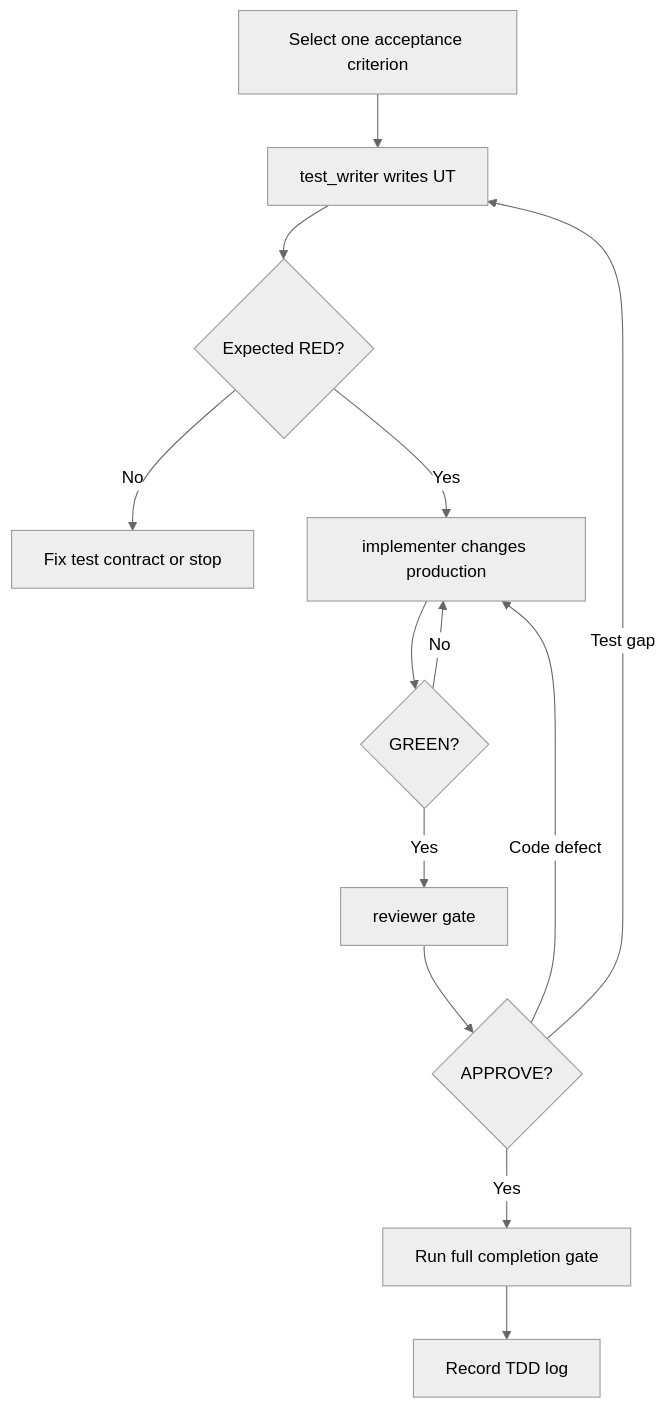
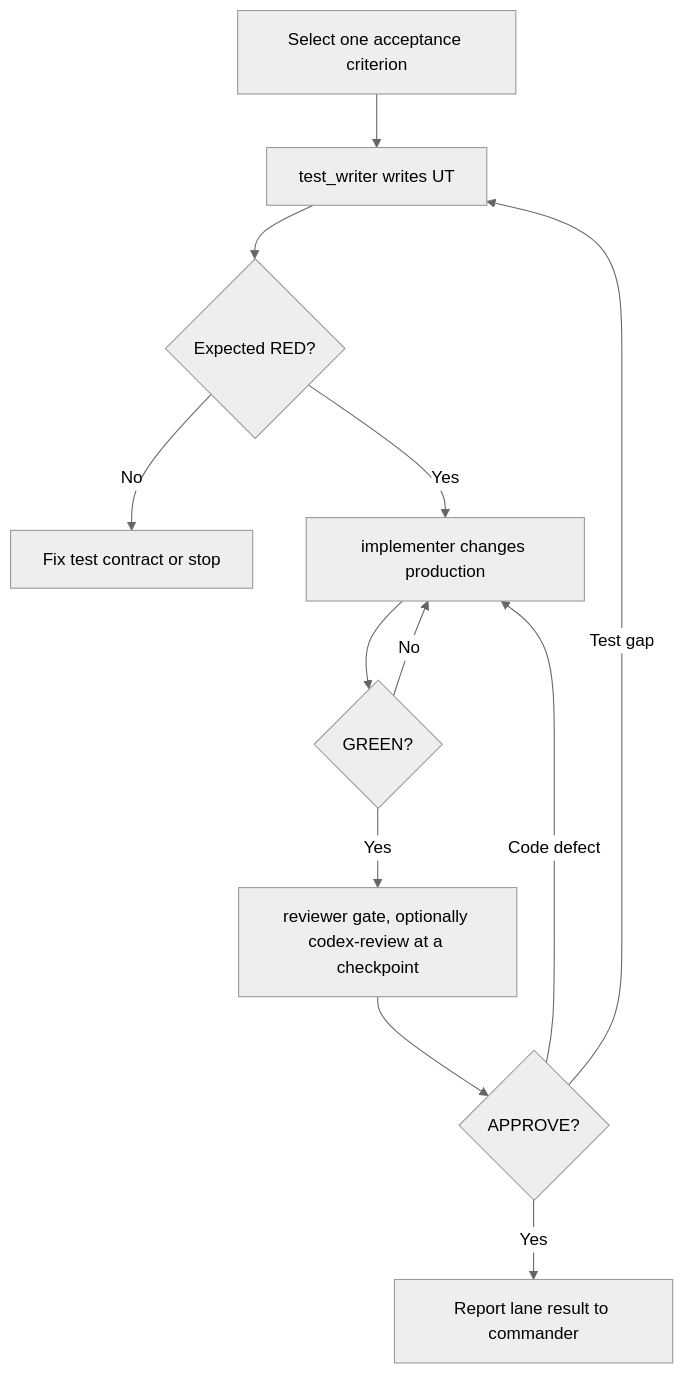
Before and after one commit to kangju/screenshot-joiner: the second of 2 diagrams in docs/TDD_WORKFLOW.md, drawn with Mermaid (neutral theme). The commit also changed other lines of this file and 28 other files, not shown here.

````diff
--- a/docs/TDD_WORKFLOW.md
+++ b/docs/TDD_WORKFLOW.md
@@ -15,15 +69,14 @@
 ```mermaid
 flowchart TD
     A[Select one acceptance criterion] --> B[test_writer writes UT]
     B --> C{Expected RED?}
     C -- No --> D[Fix test contract or stop]
     C -- Yes --> E[implementer changes production]
     E --> F{GREEN?}
     F -- No --> E
-    F -- Yes --> G[reviewer gate]
+    F -- Yes --> G[reviewer gate, optionally codex-review at a checkpoint]
     G --> H{APPROVE?}
-    H -- Yes --> I[Run full completion gate]
+    H -- Yes --> I[Report lane result to commander]
     H -- Test gap --> B
     H -- Code defect --> E
-    I --> J[Record TDD log]
 ```
````
